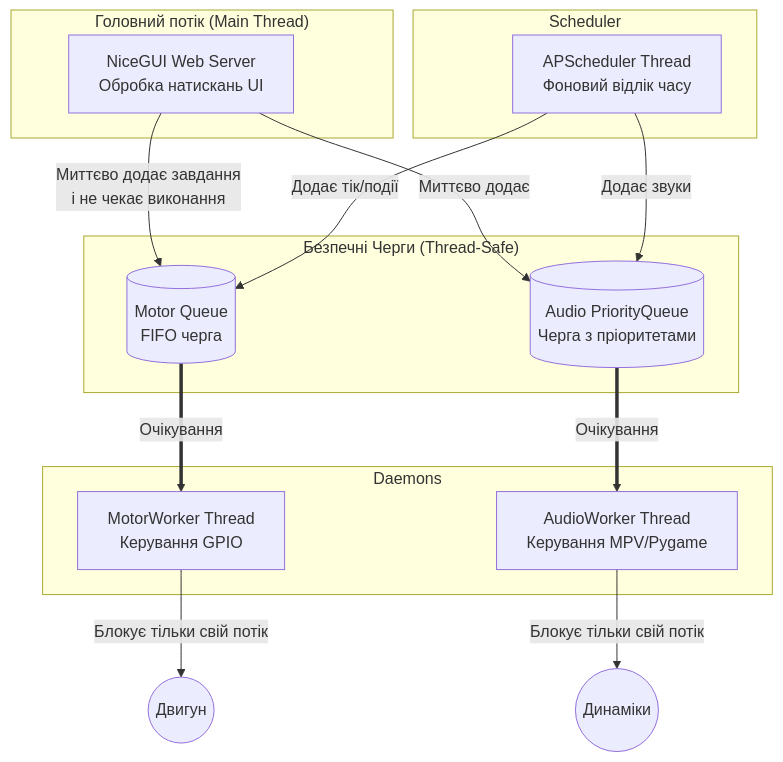
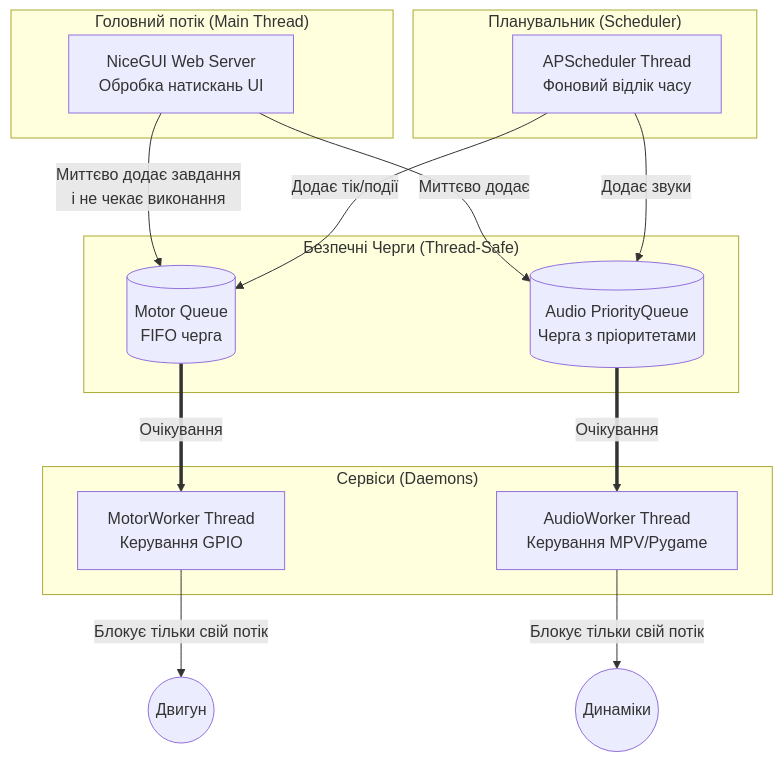
Before and after one commit to VladislavHolets/TowerClockKPI: the eighth of 10 diagrams in README.md, drawn with Mermaid.

Commit message:
added diagrams

````diff
--- a/README.md
+++ b/README.md
@@ -477,33 +477,33 @@
 ```mermaid
 flowchart TD
     subgraph MainThread["Головний потік (Main Thread)"]
         UI[NiceGUI Web Server<br>Обробка натискань UI]
     end
 
-    subgraph Scheduler 
+    subgraph Scheduler ["Планувальник (Scheduler)"]
         Sched[APScheduler Thread<br>Фоновий відлік часу]
     end
 
     subgraph Queues ["Безпечні Черги (Thread-Safe)"]
         MQ[(Motor Queue<br>FIFO черга)]
         AQ[(Audio PriorityQueue<br>Черга з пріоритетами)]
     end
 
-    subgraph Daemons
+    subgraph Daemons["Сервіси (Daemons)"]
         MW[MotorWorker Thread<br>Керування GPIO]
         AW[AudioWorker Thread<br>Керування MPV/Pygame]
     end
 
     %% Взаємодія
     UI -- "Миттєво додає завдання<br>і не чекає виконання" --> MQ
     UI -- "Миттєво додає" --> AQ
     
     Sched -- "Додає тік/події" --> MQ
     Sched -- "Додає звуки" --> AQ
 
     MQ ==>|Очікування| MW
     AQ ==>|Очікування| AW
     
     MW -->|Блокує тільки свій потік| HardwareMotor((Двигун))
     AW -->|Блокує тільки свій потік| HardwareAudio((Динаміки))
 ```
````
